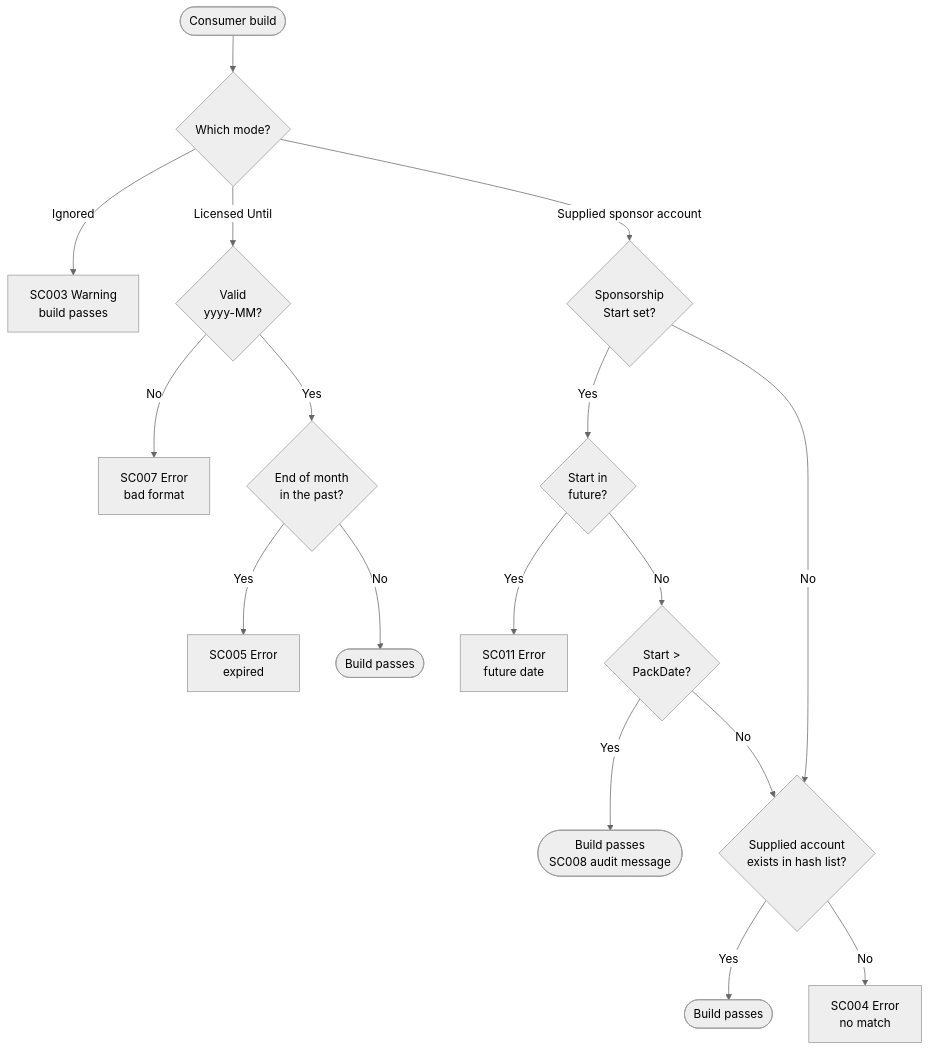
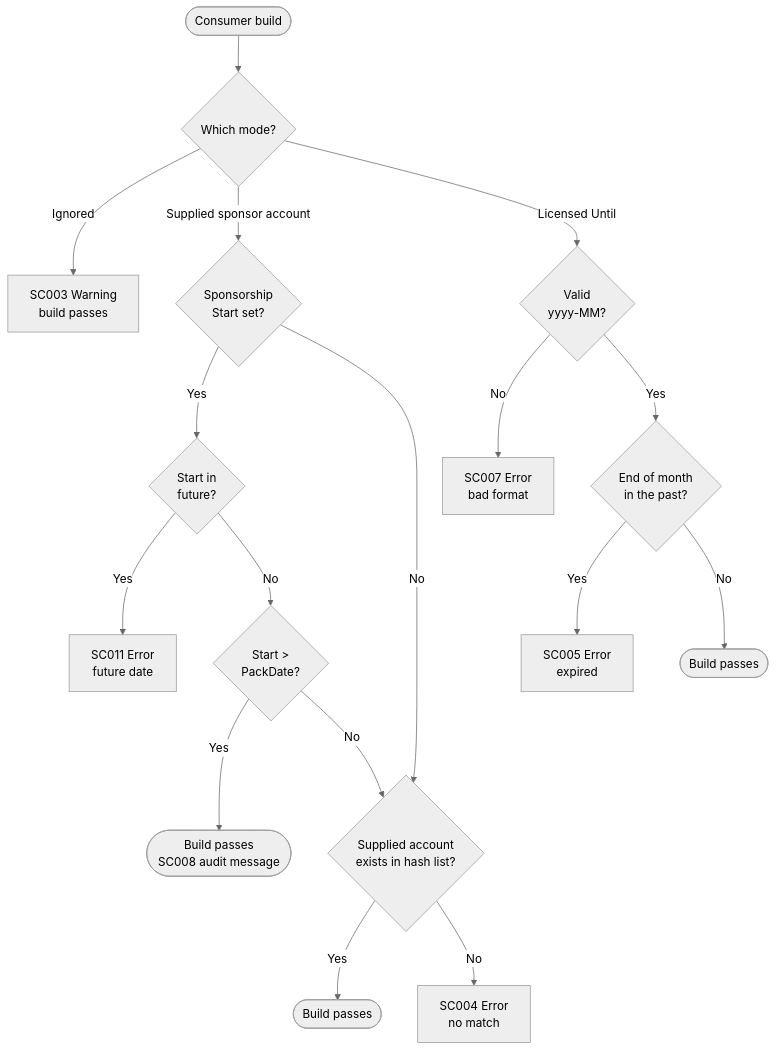
One commit to SimonCropp/SponsorCheck changed the diagram in readme.md. Above: the diagram before and after it, drawn with Mermaid (neutral theme).

````diff
--- a/readme.md
+++ b/readme.md
@@ -264,24 +264,23 @@
 ```mermaid
 flowchart TD
     Start([Consumer build]) --> Which{Which mode?}
 
     Which -->|Ignored| SC003[SC003 Warning<br/>build passes]
-
-    Which -->|Licensed Until| ParseYM{Valid<br/>yyyy-MM?}
-    ParseYM -->|No| SC007[SC007 Error<br/>bad format]
-    ParseYM -->|Yes| Expired{End of month<br/>in the past?}
-    Expired -->|Yes| SC005[SC005 Error<br/>expired]
-    Expired -->|No| PassLicense([Build passes])
 
     Which -->|Supplied sponsor account| HasStart{Sponsorship<br/>Start set?}
     HasStart -->|Yes| Future{Start in<br/>future?}
     Future -->|Yes| SC011[SC011 Error<br/>future date]
     Future -->|No| AfterPack{Start &gt;<br/>PackDate?}
     AfterPack -->|Yes| PassAttest([Build passes<br/>SC008 audit message])
     AfterPack -->|No| Match
     HasStart -->|No| Match
-
     Match{Supplied account<br/>exists in hash list?}
     Match -->|Yes| PassSponsor([Build passes])
     Match -->|No| SC004[SC004 Error<br/>no match]
+
+    Which -->|Licensed Until| ParseYM{Valid<br/>yyyy-MM?}
+    ParseYM -->|No| SC007[SC007 Error<br/>bad format]
+    ParseYM -->|Yes| Expired{End of month<br/>in the past?}
+    Expired -->|Yes| SC005[SC005 Error<br/>expired]
+    Expired -->|No| PassLicense([Build passes])
 ```
````
